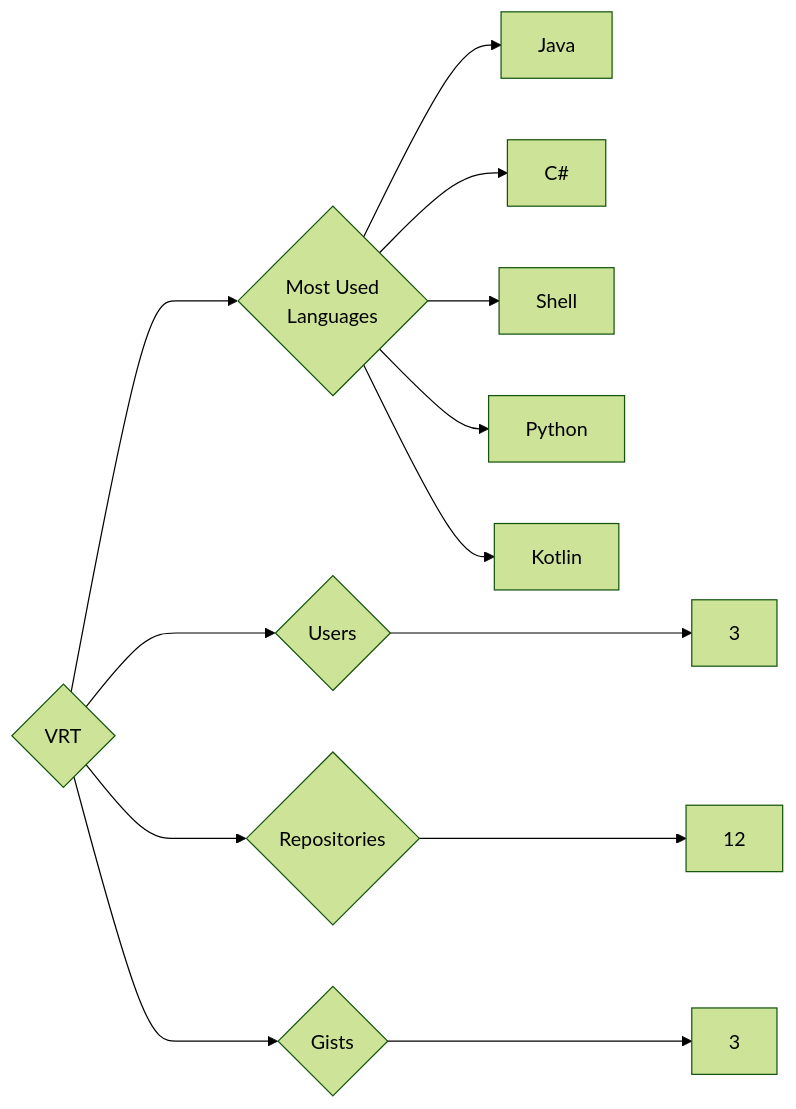
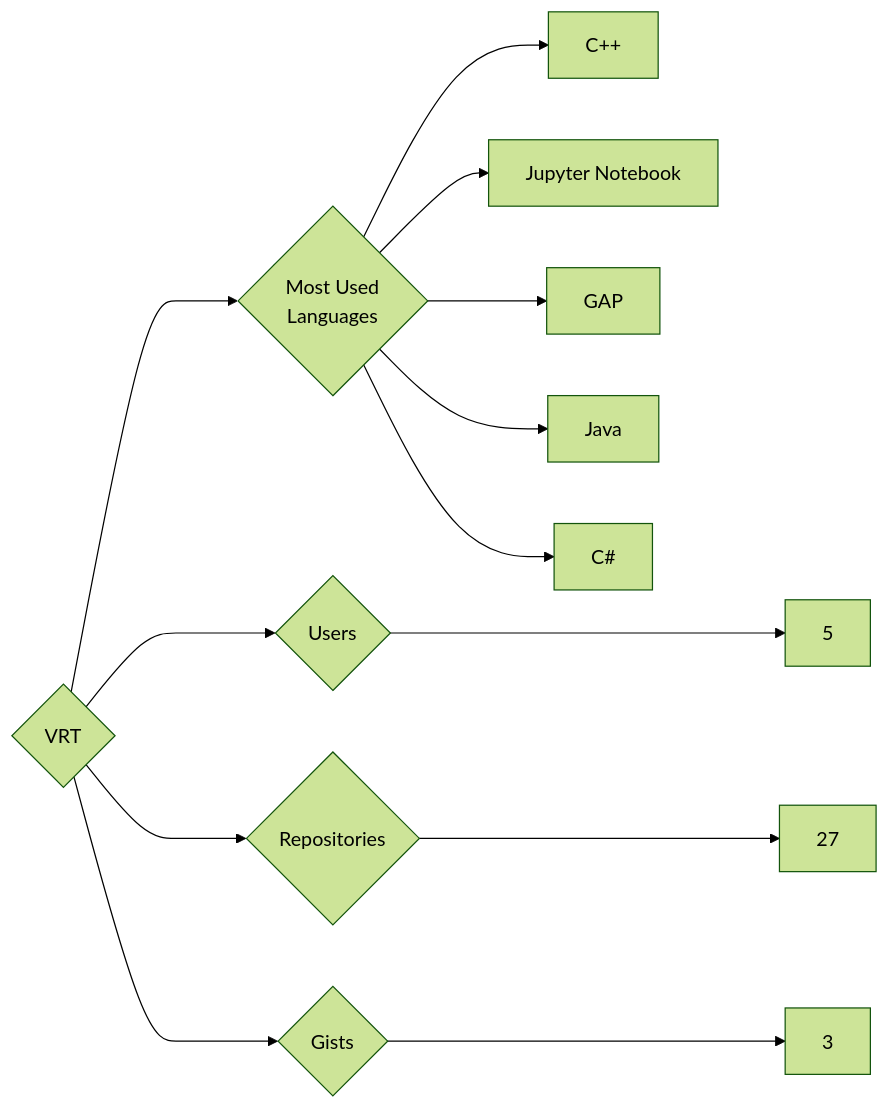
One commit to trickest/insiders changed the diagram in targets/VRT/README.md. Above: the diagram before and after it, drawn with Mermaid (forest theme). The commit also changed 1484 other files, not shown here.

````diff
--- a/targets/VRT/README.md
+++ b/targets/VRT/README.md
@@ -3,13 +3,13 @@
 ```mermaid
 graph LR
 COMPANY_NAME{VRT}
-COMPANY_NAME ---> U{Users} ---> UN[3]
-COMPANY_NAME ---> R{Repositories} ---> RN[12]
+COMPANY_NAME ---> U{Users} ---> UN[5]
+COMPANY_NAME ---> R{Repositories} ---> RN[27]
 COMPANY_NAME ---> G{Gists} ---> GN[3]
 COMPANY_NAME ---> ML{Most Used<br>Languages}
+ML --> C++[C++]
+ML --> Jupyter_Notebook[Jupyter Notebook]
+ML --> GAP[GAP]
 ML --> Java[Java]
 ML --> C#[C#]
-ML --> Shell[Shell]
-ML --> Python[Python]
-ML --> Kotlin[Kotlin]
 ```
````
